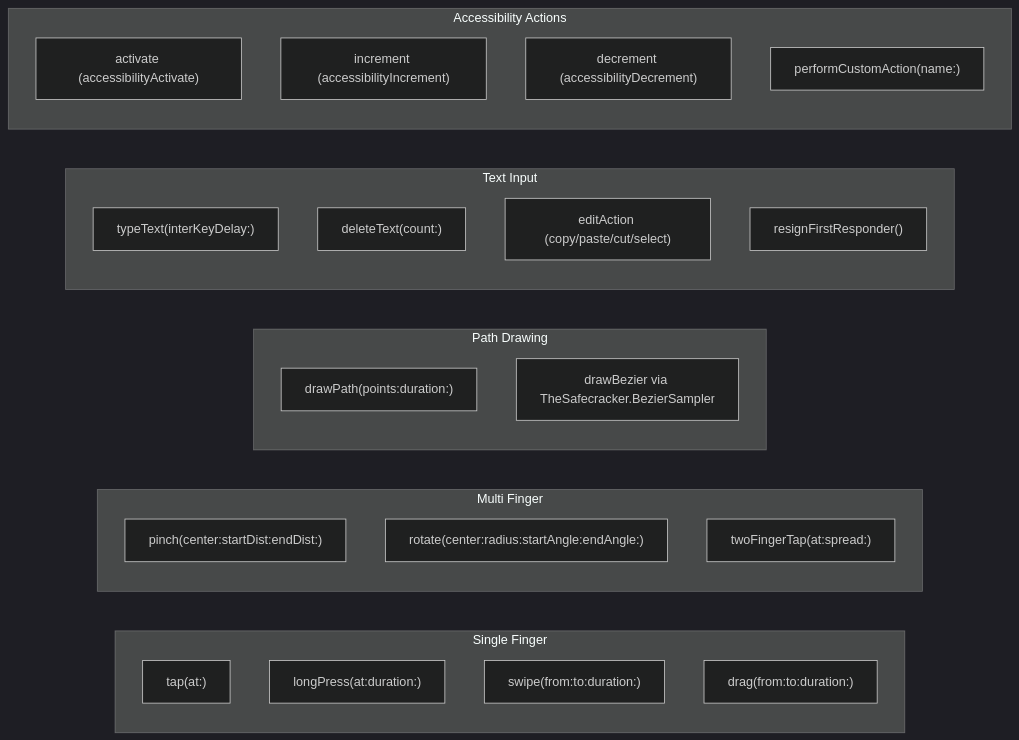
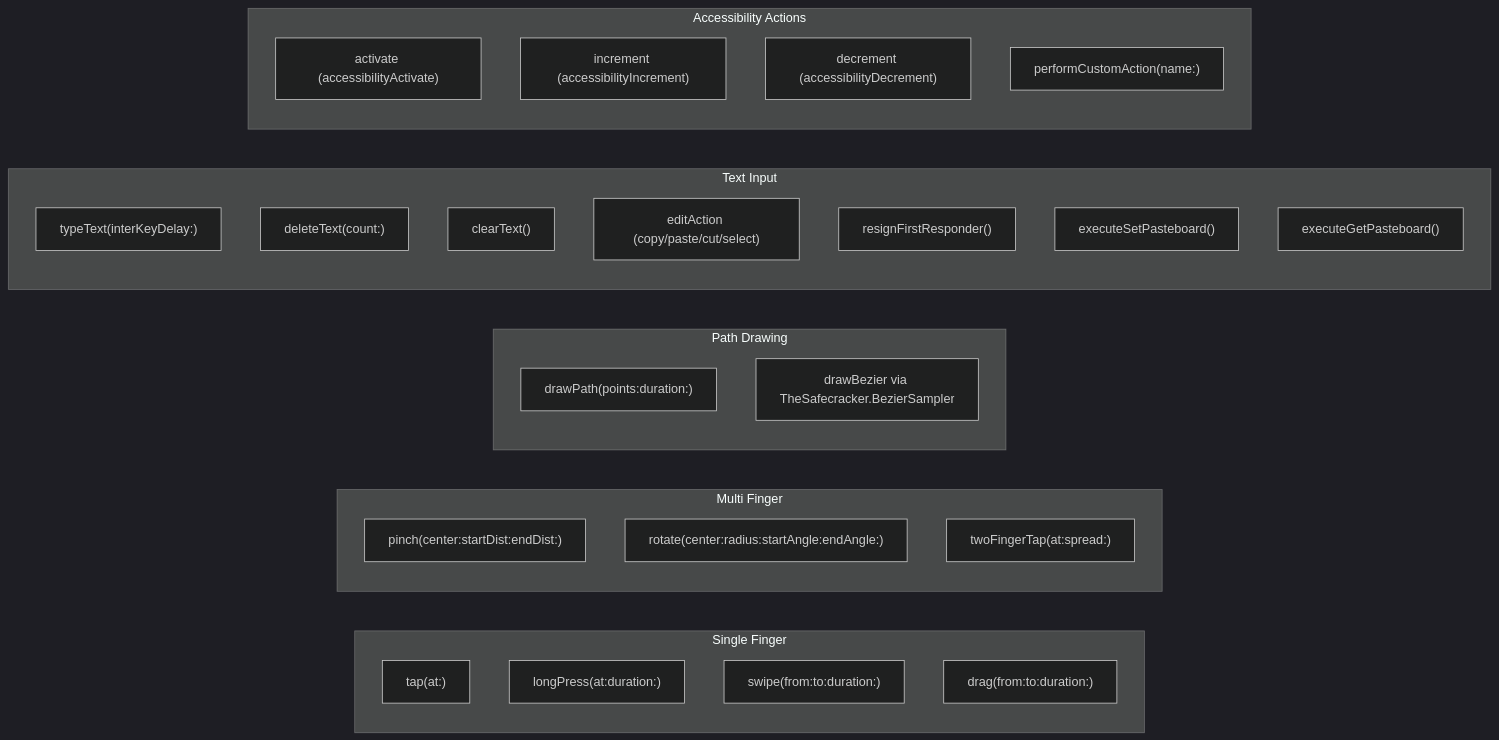
Before and after one commit to RoyalPineapple/TheButtonHeist: the third of 5 diagrams in docs/dossiers/04-THESAFECRACKER.md, drawn with Mermaid (dark theme). The commit also changed other lines of this file and 9 other files, not shown here.

````diff
--- a/docs/dossiers/04-THESAFECRACKER.md
+++ b/docs/dossiers/04-THESAFECRACKER.md
@@ -84,34 +86,37 @@
 ```mermaid
 graph LR
     subgraph SingleFinger["Single Finger"]
         Tap["tap(at:)"]
         LongPress["longPress(at:duration:)"]
         Swipe["swipe(from:to:duration:)"]
         Drag["drag(from:to:duration:)"]
     end
 
     subgraph MultiFinger["Multi Finger"]
         Pinch["pinch(center:startDist:endDist:)"]
         Rotate["rotate(center:radius:startAngle:endAngle:)"]
         TwoTap["twoFingerTap(at:spread:)"]
     end
 
     subgraph Path["Path Drawing"]
         DrawPath["drawPath(points:duration:)"]
         DrawBezier["drawBezier via TheSafecracker.BezierSampler"]
     end
 
     subgraph Text["Text Input"]
         Type["typeText(interKeyDelay:)"]
         Delete["deleteText(count:)"]
+        Clear["clearText()"]
         Edit["editAction (copy/paste/cut/select)"]
         Dismiss["resignFirstResponder()"]
+        SetPB["executeSetPasteboard()"]
+        GetPB["executeGetPasteboard()"]
     end
 
     subgraph AccessActions["Accessibility Actions"]
         Activate["activate (accessibilityActivate)"]
         Increment["increment (accessibilityIncrement)"]
         Decrement["decrement (accessibilityDecrement)"]
         Custom["performCustomAction(name:)"]
     end
 ```
````
